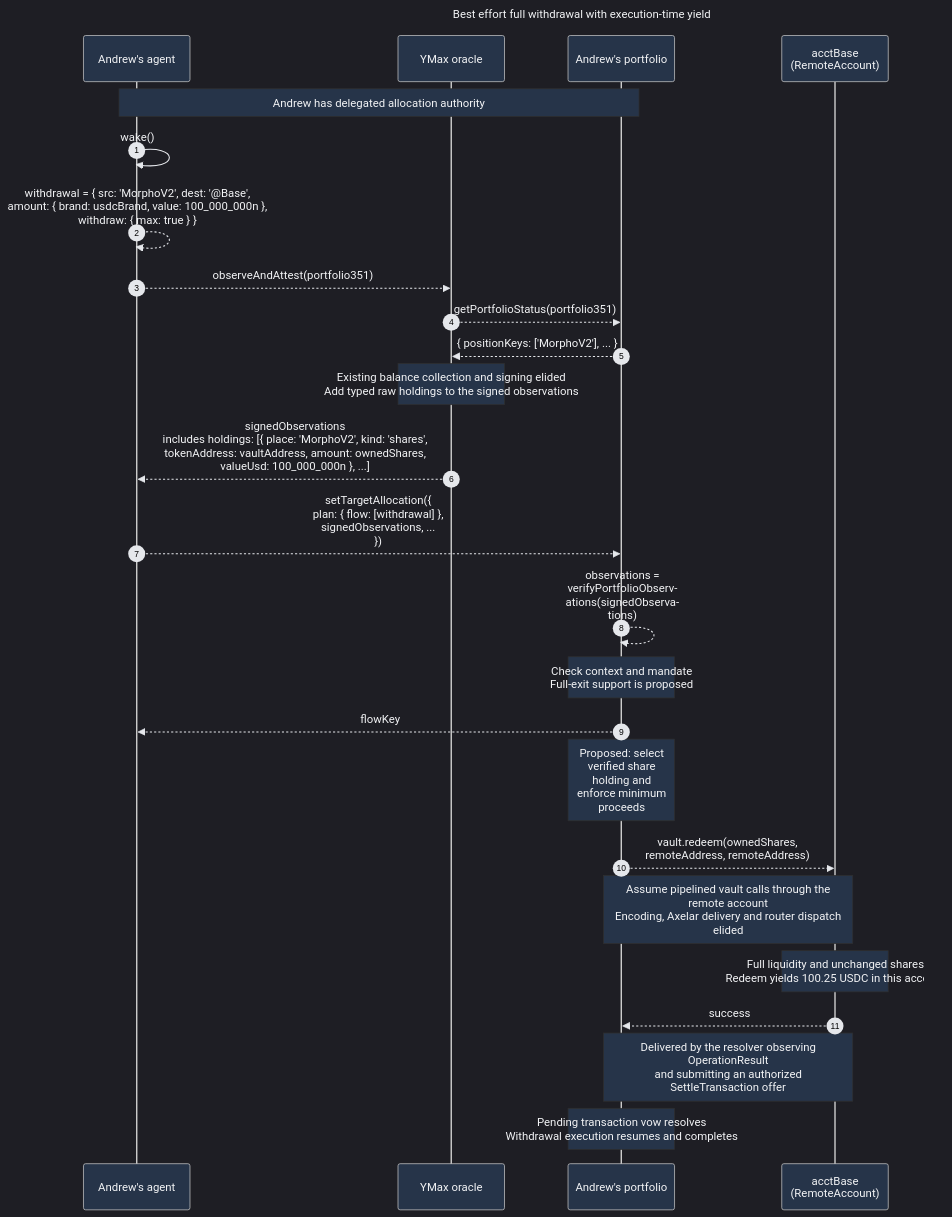
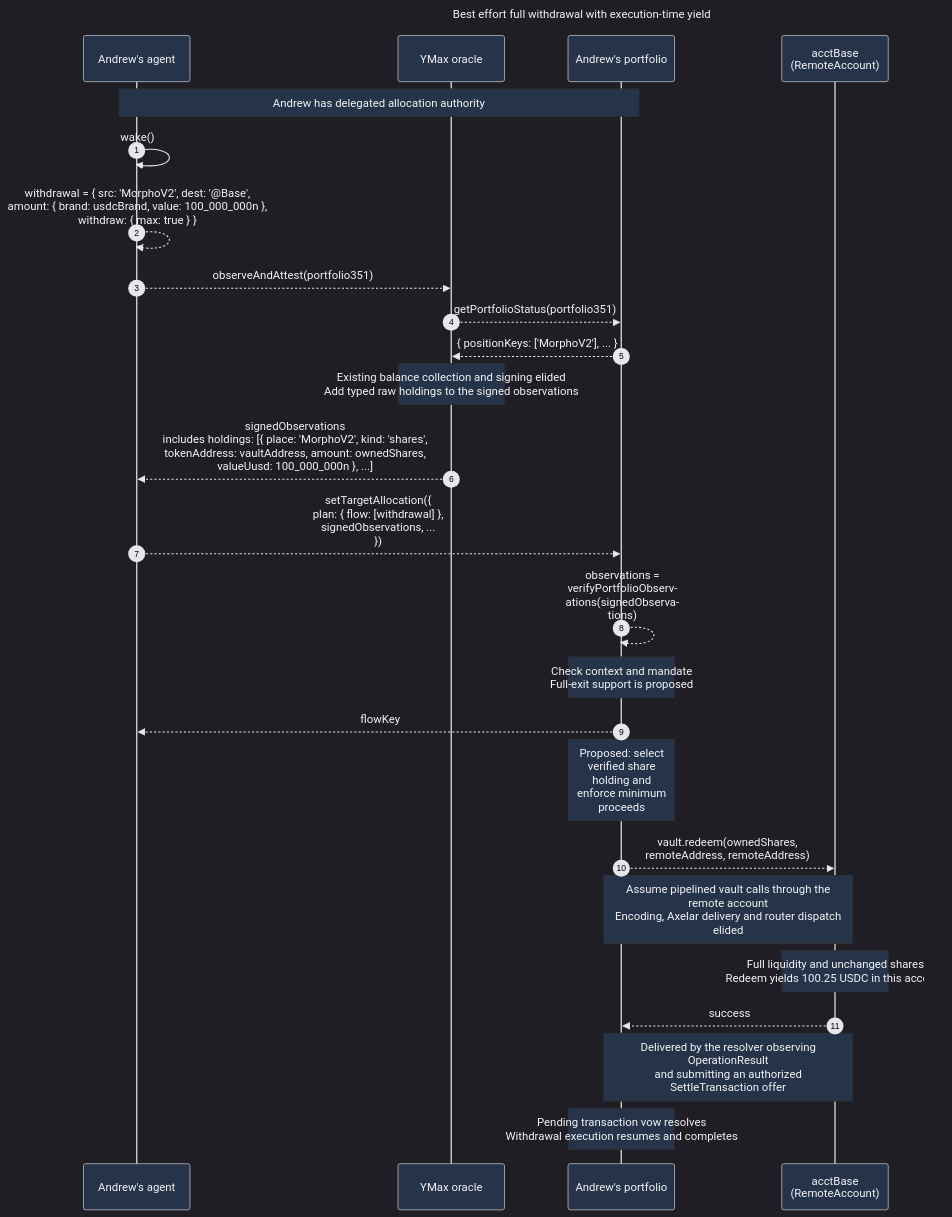
One commit to Agoric/agoric-sdk changed the diagram in packages/portfolio-contract/docs-design/exit-position-completely.md. Above: the diagram before and after it, drawn with Mermaid. The commit also changed 10 other files, not shown here.

First line of the commit message:
fix(portfolio)!: name micro-USD fields valueUusd

````diff
--- a/packages/portfolio-contract/docs-design/exit-position-completely.md
+++ b/packages/portfolio-contract/docs-design/exit-position-completely.md
@@ -14,33 +14,33 @@
 ```mermaid
 %%{init: {'theme': 'dark', 'themeVariables': {'textColor': '#f3f4f6', 'actorBkg': '#263449', 'actorTextColor': '#f3f4f6', 'signalColor': '#e5e7eb', 'signalTextColor': '#f3f4f6', 'noteBkgColor': '#263449', 'noteTextColor': '#f3f4f6', 'labelTextColor': '#f3f4f6'}, 'sequence': {'wrap': true}}}%%
 sequenceDiagram
   autonumber
   title Best effort full withdrawal with execution-time yield
   %% ->> initiates the scenario, -->> marks consequences including calls and replies.
   %% P groups delegation, portfolio execution and contract-side resolver facets.
   %% The account call abstracts GMP/router delivery; success abstracts resolver delivery.
   participant A as Andrew's agent
   participant O as YMax oracle
   participant P as Andrew's portfolio
   participant E as acctBase<br/>(RemoteAccount)
 
   Note over A,P: Andrew has delegated allocation authority
   A->>A: wake()
   A-->>A: withdrawal = { src: 'MorphoV2', dest: '@Base',<br/>amount: { brand: usdcBrand, value: 100_000_000n },<br/>withdraw: { max: true } }
   A-->>O: observeAndAttest(portfolio351)
   O-->>P: getPortfolioStatus(portfolio351)
   P-->>O: { positionKeys: ['MorphoV2'], ... }
   Note over O: Existing balance collection and signing elided<br/>Add typed raw holdings to the signed observations
-  O-->>A: signedObservations<br/>includes holdings: [{ place: 'MorphoV2', kind: 'shares',<br/>tokenAddress: vaultAddress, amount: ownedShares,<br/>valueUsd: 100_000_000n }, ...]
+  O-->>A: signedObservations<br/>includes holdings: [{ place: 'MorphoV2', kind: 'shares',<br/>tokenAddress: vaultAddress, amount: ownedShares,<br/>valueUusd: 100_000_000n }, ...]
   A-->>P: setTargetAllocation({<br/>plan: { flow: [withdrawal] },<br/>signedObservations, ...<br/>})
   P-->>P: observations = verifyPortfolioObservations(signedObservations)
   Note over P: Check context and mandate<br/>Full-exit support is proposed
   P-->>A: flowKey
   Note over P: Proposed: select verified share holding and enforce minimum proceeds
   P-->>E: vault.redeem(ownedShares,<br/>remoteAddress, remoteAddress)
   Note over P,E: Assume pipelined vault calls through the remote account<br/>Encoding, Axelar delivery and router dispatch elided
   Note over E: Full liquidity and unchanged shares<br/>Redeem yields 100.25 USDC in this account
   E-->>P: success
   Note over P,E: Delivered by the resolver observing OperationResult<br/>and submitting an authorized SettleTransaction offer
   Note over P: Pending transaction vow resolves<br/>Withdrawal execution resumes and completes
 ```
````
